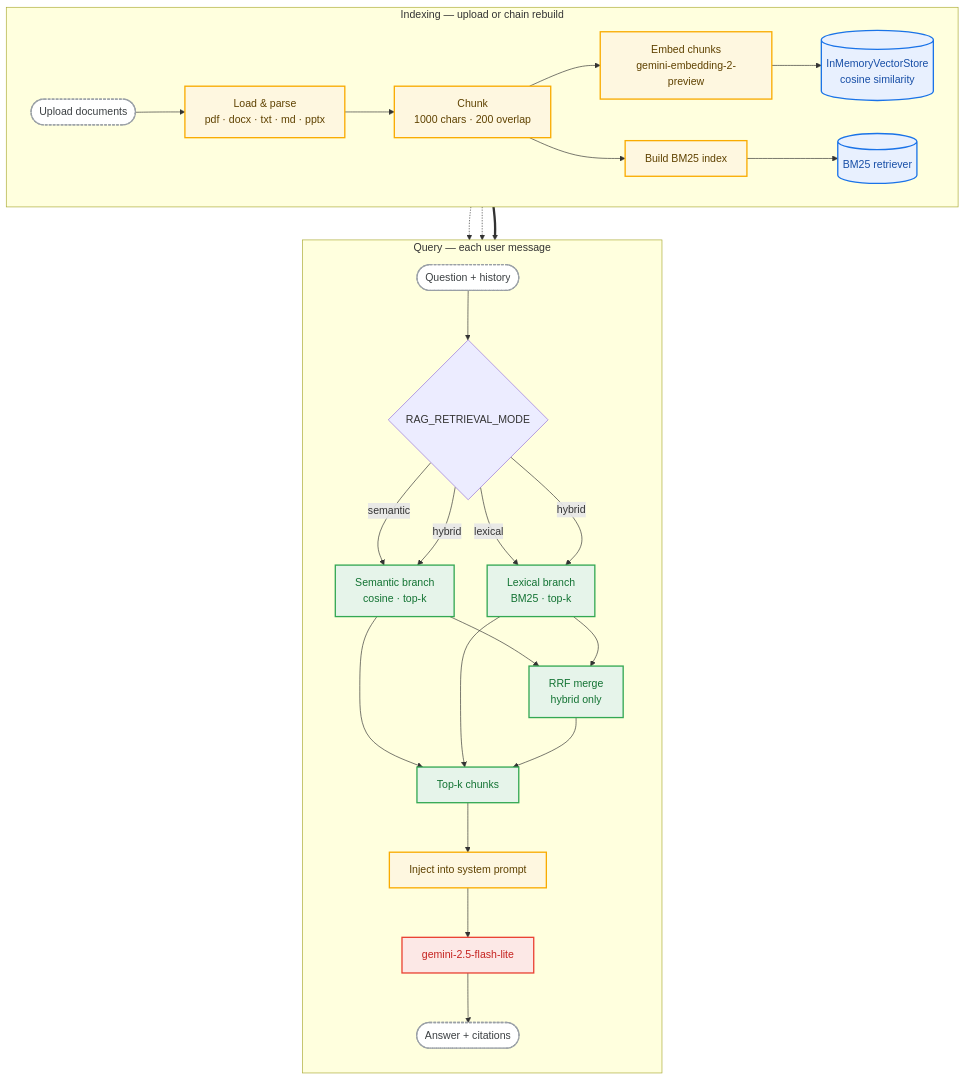
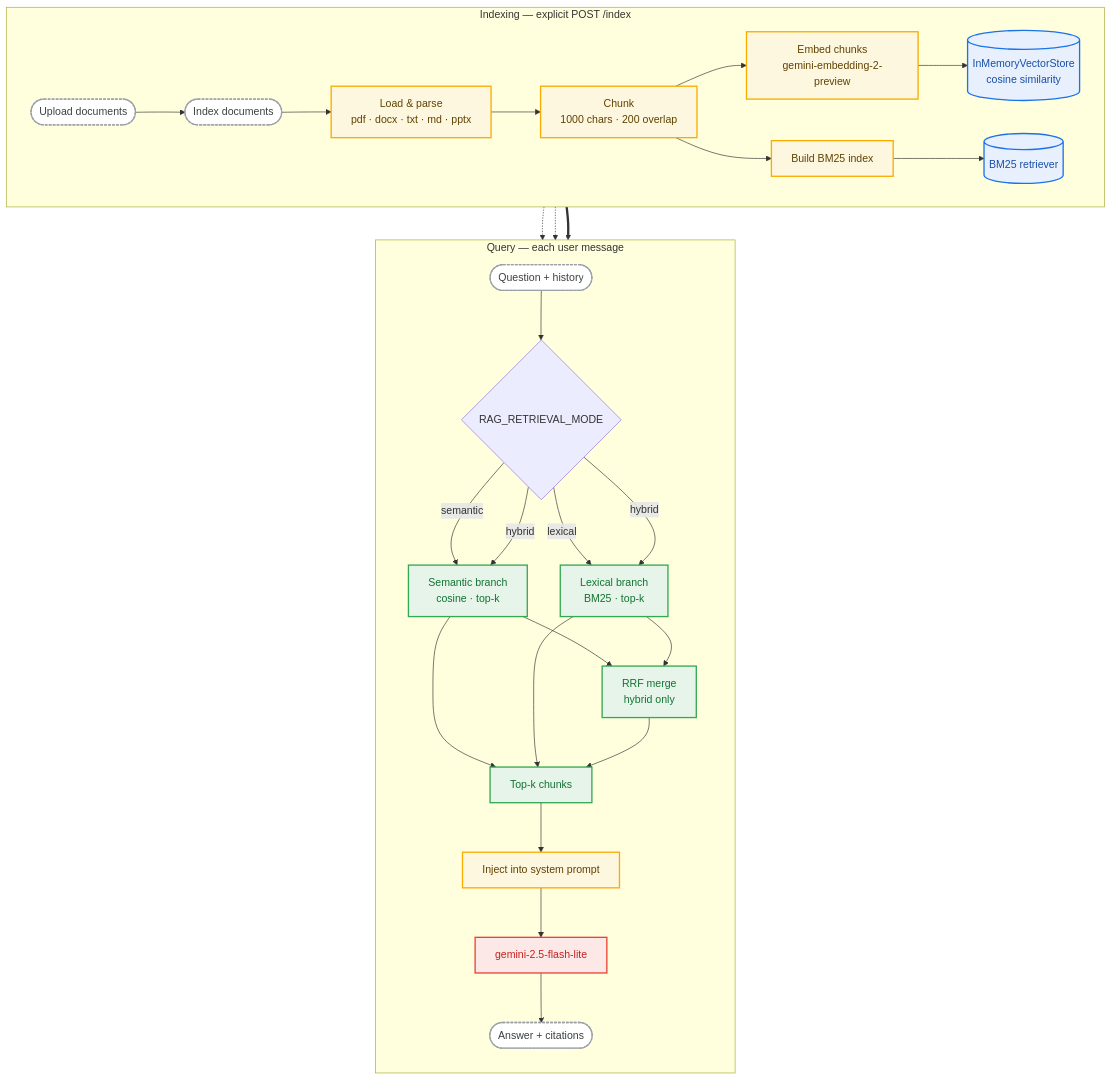
One commit to pablogarciaprado/rag-chatbot changed the diagram in README.md. Above: the diagram before and after it, drawn with Mermaid. The commit also changed other lines of this file and 6 other files, not shown here.

Commit message:
Implement indexing functionality and enhance document management in the app. Added endpoints for indexing documents and checking index status. Updated frontend to support indexing actions and improved user feedback on document uploads. Refactored related functions for clarity and maintainability.

````diff
--- a/README.md
+++ b/README.md
@@ -16,53 +16,54 @@
 ```mermaid
 flowchart TB
     classDef phase fill:#f8f9fa,stroke:#5f6368,stroke-width:1px,color:#202124
     classDef store fill:#e8f0fe,stroke:#1a73e8,stroke-width:2px,color:#174ea6
     classDef process fill:#fef7e0,stroke:#f9ab00,stroke-width:2px,color:#5f4200
     classDef retrieve fill:#e6f4ea,stroke:#34a853,stroke-width:2px,color:#137333
     classDef generate fill:#fce8e6,stroke:#ea4335,stroke-width:2px,color:#c5221f
     classDef io fill:#fff,stroke:#9aa0a6,stroke-width:2px,stroke-dasharray:4 2,color:#3c4043
 
-    subgraph INDEX["Indexing — upload or chain rebuild"]
+    subgraph INDEX["Indexing — explicit POST /index"]
         direction LR
         UP([Upload documents]):::io
+        IDX([Index documents]):::io
         LOAD[Load & parse<br/>pdf · docx · txt · md · pptx]:::process
         CHUNK[Chunk<br/>1000 chars · 200 overlap]:::process
         EMB[Embed chunks<br/>gemini-embedding-2-preview]:::process
         BM25IDX[Build BM25 index]:::process
         VDB[(InMemoryVectorStore<br/>cosine similarity)]:::store
         LEX[(BM25 retriever)]:::store
 
-        UP --> LOAD --> CHUNK
+        UP --> IDX --> LOAD --> CHUNK
         CHUNK --> EMB --> VDB
         CHUNK --> BM25IDX --> LEX
     end
 
     subgraph QUERY["Query — each user message"]
         direction TB
         ASK([Question + history]):::io
         MODE{RAG_RETRIEVAL_MODE}
 
         SEM[Semantic branch<br/>cosine · top-k]:::retrieve
         LEXQ[Lexical branch<br/>BM25 · top-k]:::retrieve
         RRF[RRF merge<br/>hybrid only]:::retrieve
         TOPK[Top-k chunks]:::retrieve
         CTX[Inject into system prompt]:::process
         LLM[gemini-2.5-flash-lite]:::generate
         OUT([Answer + citations]):::io
 
         ASK --> MODE
         MODE -->|semantic| SEM --> TOPK
         MODE -->|lexical| LEXQ --> TOPK
         MODE -->|hybrid| SEM
         MODE -->|hybrid| LEXQ
         SEM --> RRF
         LEXQ --> RRF
         RRF --> TOPK
         TOPK --> CTX --> LLM --> OUT
     end
 
     VDB -.-> SEM
     LEX -.-> LEXQ
 
     INDEX ==> QUERY
 ```
````
